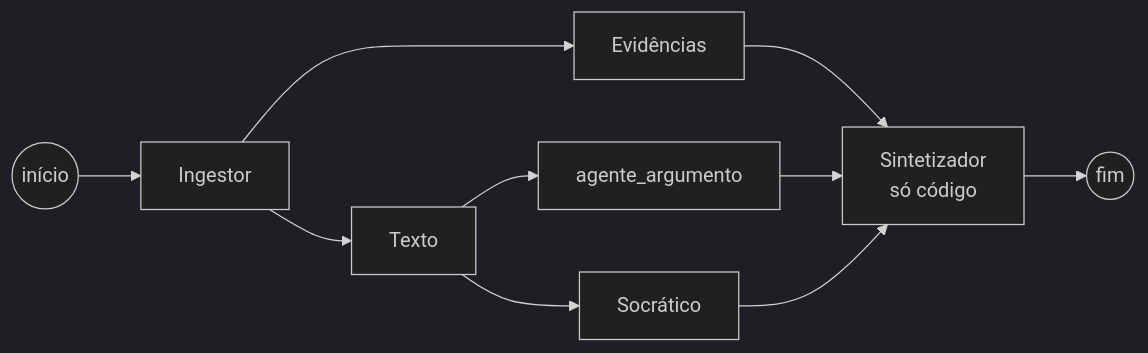
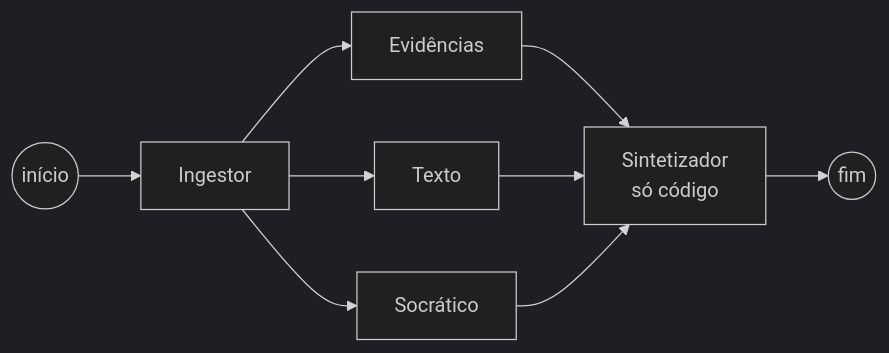
The first of 2 diagrams in docs/agents/evidencias.md (eduarda-ogomes/grupo1_ResIA), drawn with Mermaid (dark theme) before and after one commit. The commit also changed other lines of this file and 30 other files, not shown here.

````diff
--- a/docs/agents/evidencias.md
+++ b/docs/agents/evidencias.md
@@ -33,12 +33,11 @@
 ```mermaid
 flowchart LR
     S((início)) --> I[Ingestor]
     I --> E[Evidências]
     I --> T[Texto]
-    T --> A[agente_argumento]
-    T --> Q[Socrático]
+    I --> Q[Socrático]
     E --> Y[Sintetizador<br/>só código]
-    A --> Y
+    T --> Y
     Q --> Y
     Y --> F((fim))
 ```
````
